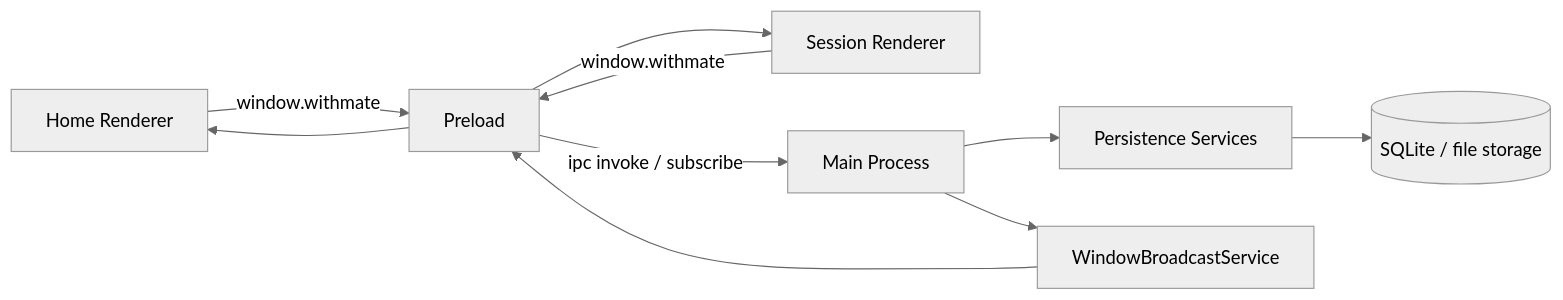
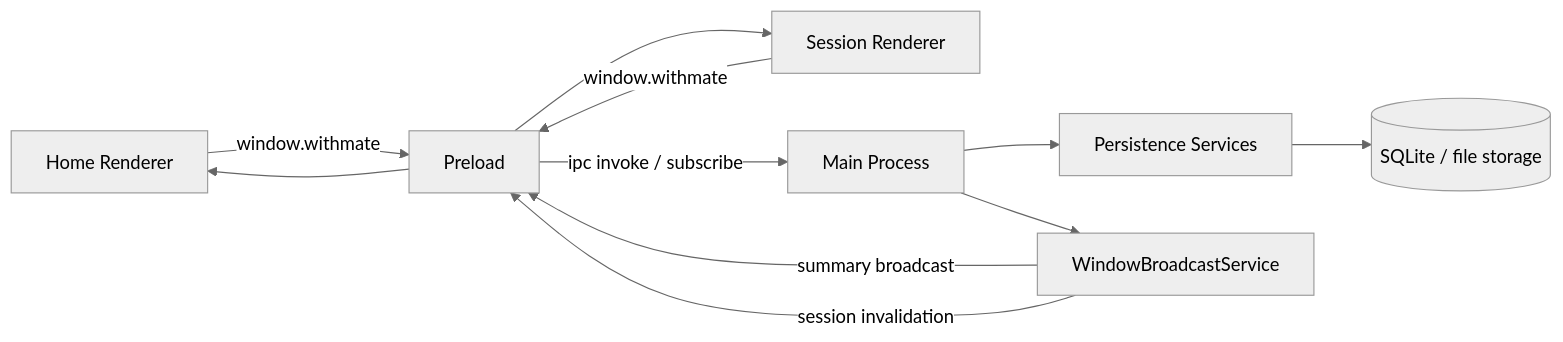
The diagram in docs/design/electron-session-store.md (natumekazuki/WithMate), drawn with Mermaid (neutral theme) before and after one commit. The commit also changed other lines of this file and 26 other files, not shown here.

First line of the commit message:
refactor(session-broadcast): slim window fan-out

````diff
--- a/docs/design/electron-session-store.md
+++ b/docs/design/electron-session-store.md
@@ -45,12 +46,13 @@
 ```mermaid
 flowchart LR
     HR[Home Renderer] -->|window.withmate| PL[Preload]
     SR[Session Renderer] -->|window.withmate| PL
     PL -->|ipc invoke / subscribe| MP[Main Process]
     MP --> PERSIST[Persistence Services]
     PERSIST --> STORE[(SQLite / file storage)]
     MP --> BROADCAST[WindowBroadcastService]
-    BROADCAST --> PL
+    BROADCAST -->|summary broadcast| PL
+    BROADCAST -->|session invalidation| PL
     PL --> HR
     PL --> SR
 ```
````
